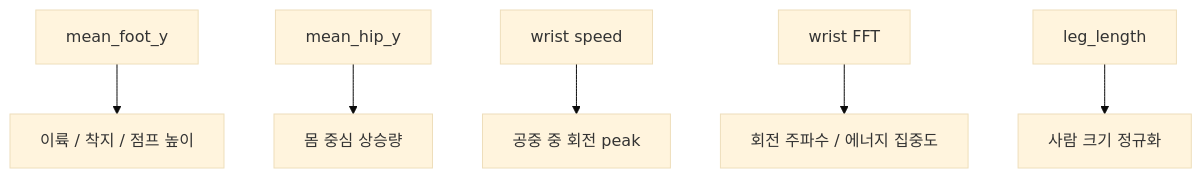
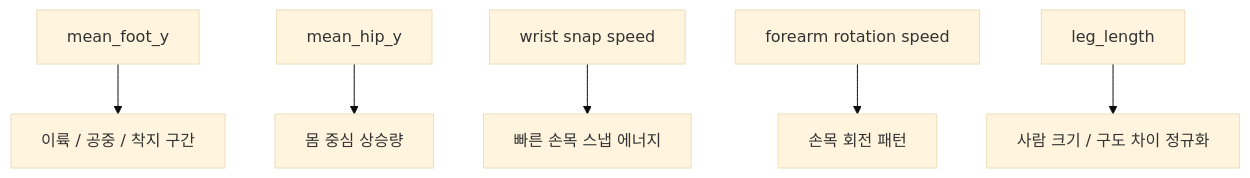
Before and after one commit to Hooneybadger/jump-rope-detector: the second of 6 diagrams in double_jump/README.md, drawn with Mermaid (base theme). The commit also changed other lines of this file and 3 other files, not shown here.

````diff
--- a/double_jump/README.md
+++ b/double_jump/README.md
@@ -94,8 +53,8 @@
 ```mermaid
 flowchart TB
-    A[mean_foot_y] --> A1[이륙 / 착지 / 점프 높이]
+    A[mean_foot_y] --> A1[이륙 / 공중 / 착지 구간]
     B[mean_hip_y] --> B1[몸 중심 상승량]
-    C[wrist speed] --> C1[공중 중 회전 peak]
-    D[wrist FFT] --> D1[회전 주파수 / 에너지 집중도]
-    E[leg_length] --> E1[사람 크기 정규화]
+    C[wrist snap speed] --> C1[빠른 손목 스냅 에너지]
+    D[forearm rotation speed] --> D1[손목 회전 패턴]
+    E[leg_length] --> E1[사람 크기 / 구도 차이 정규화]
 ```
````
